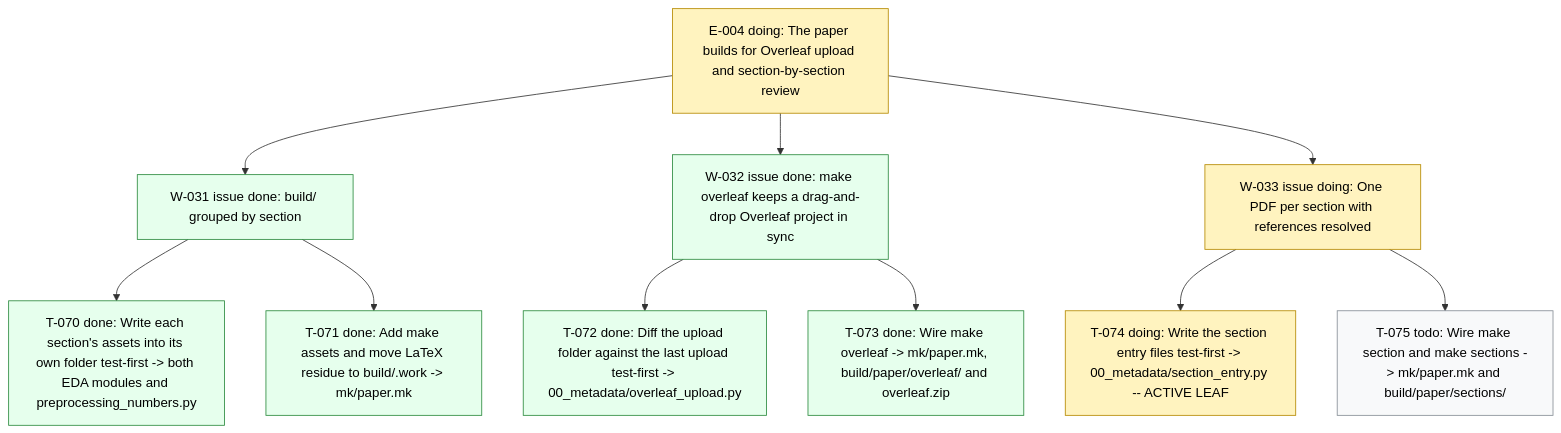
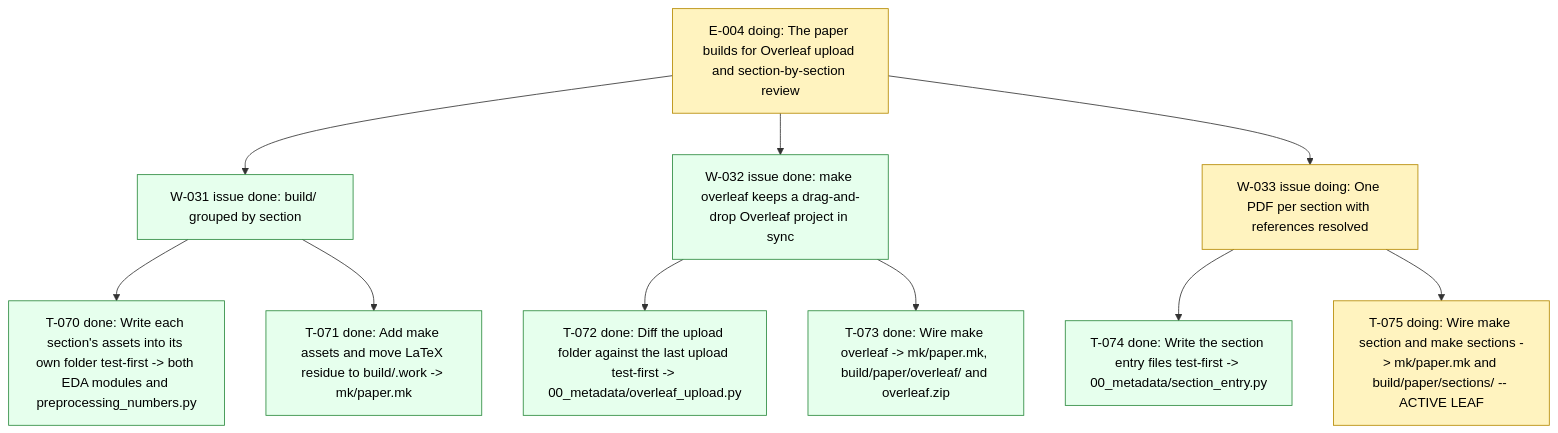
Before and after one commit to dpopchev/surrogate-models: the diagram in .board/BOARD.md, drawn with Mermaid. The commit also changed other lines of this file and 4 other files, not shown here.

First line of the commit message:
build(paper): add make section and make sections for per-section review

````diff
--- a/.board/BOARD.md
+++ b/.board/BOARD.md
@@ -216,21 +216,20 @@
 ```mermaid
 flowchart TD
   E004["E-004 doing: The paper builds for Overleaf upload and section-by-section review"]
   E004 --> W031["W-031 issue done: build/ grouped by section"]
   W031 --> T070["T-070 done: Write each section's assets into its own folder test-first -> both EDA modules and preprocessing_numbers.py"]
   W031 --> T071["T-071 done: Add make assets and move LaTeX residue to build/.work -> mk/paper.mk"]
   E004 --> W032["W-032 issue done: make overleaf keeps a drag-and-drop Overleaf project in sync"]
   W032 --> T072["T-072 done: Diff the upload folder against the last upload test-first -> 00_metadata/overleaf_upload.py"]
   W032 --> T073["T-073 done: Wire make overleaf -> mk/paper.mk, build/paper/overleaf/ and overleaf.zip"]
   E004 --> W033["W-033 issue doing: One PDF per section with references resolved"]
-  W033 --> T074["T-074 doing: Write the section entry files test-first -> 00_metadata/section_entry.py -- ACTIVE LEAF"]
-  W033 --> T075["T-075 todo: Wire make section and make sections -> mk/paper.mk and build/paper/sections/"]
+  W033 --> T074["T-074 done: Write the section entry files test-first -> 00_metadata/section_entry.py"]
+  W033 --> T075["T-075 doing: Wire make section and make sections -> mk/paper.mk and build/paper/sections/ -- ACTIVE LEAF"]
   classDef doing fill:#fff3bf,stroke:#b58900,color:#000;
   classDef blocked fill:#ffe3e3,stroke:#c92a2a,color:#000;
   classDef done fill:#e6ffed,stroke:#2b8a3e,color:#000;
   classDef todo fill:#f8f9fa,stroke:#868e96,color:#000;
   classDef pruned fill:#f1f3f5,stroke:#adb5bd,color:#000;
-  class E004,W033,T074 doing
-  class W031,T070,T071,W032,T072,T073 done
-  class T075 todo
+  class E004,W033,T075 doing
+  class W031,T070,T071,W032,T072,T073,T074 done
 ```
````
